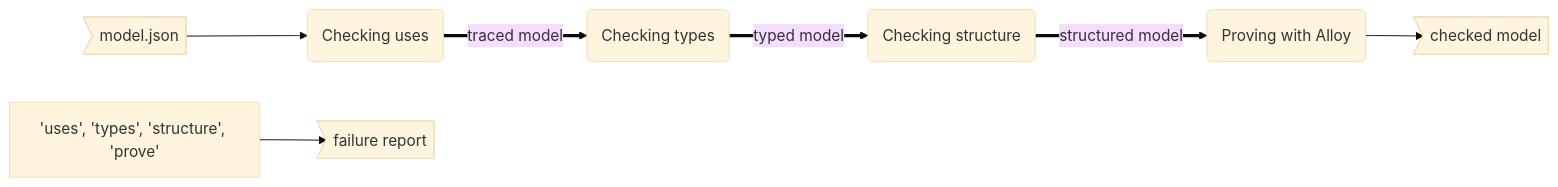
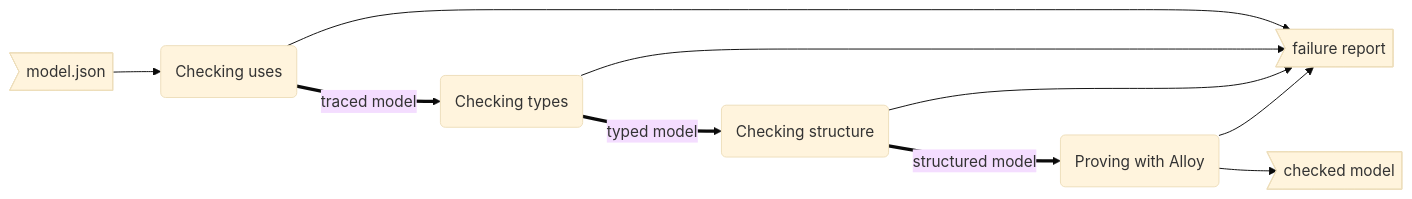
One commit to kalaluthien/mumu-claude-plugin changed the fifth of 6 diagrams in paperwork/skills/zoom/references/ui/fixtures/self-missing-node.md. Above: the diagram before and after it, drawn with Mermaid (base theme). The commit also changed 6 other files, not shown here.

````diff
--- a/paperwork/skills/zoom/references/ui/fixtures/self-missing-node.md
+++ b/paperwork/skills/zoom/references/ui/fixtures/self-missing-node.md
@@ -103,13 +103,16 @@
 ```mermaid
 flowchart LR
   n_uses("Checking uses")
   n_types("Checking types")
   n_structure("Checking structure")
   n_prove("Proving with Alloy")
   in_0>"model.json"] --> n_uses
   n_prove --> out_0>"checked model"]
-  n_['uses', 'types', 'structure', 'prove'] --> out_1>"failure report"]
+  n_uses --> out_1>"failure report"]
+  n_types --> out_1>"failure report"]
+  n_structure --> out_1>"failure report"]
+  n_prove --> out_1>"failure report"]
   n_uses ==>|"traced model"| n_types
   n_types ==>|"typed model"| n_structure
   n_structure ==>|"structured model"| n_prove
 ```
````
